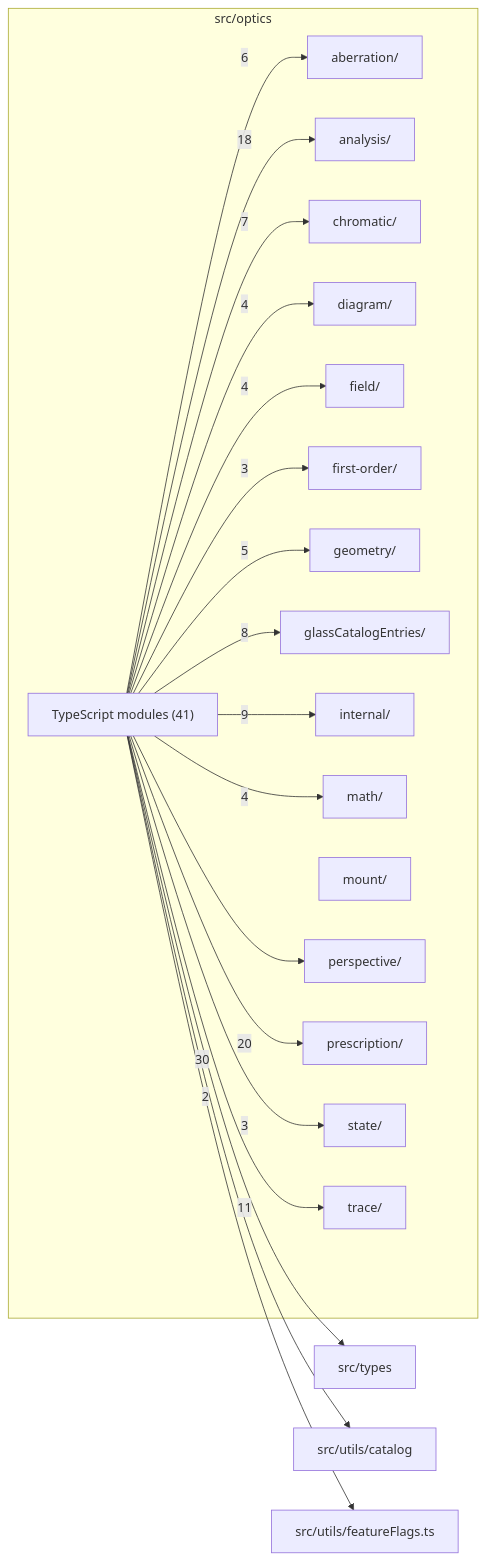
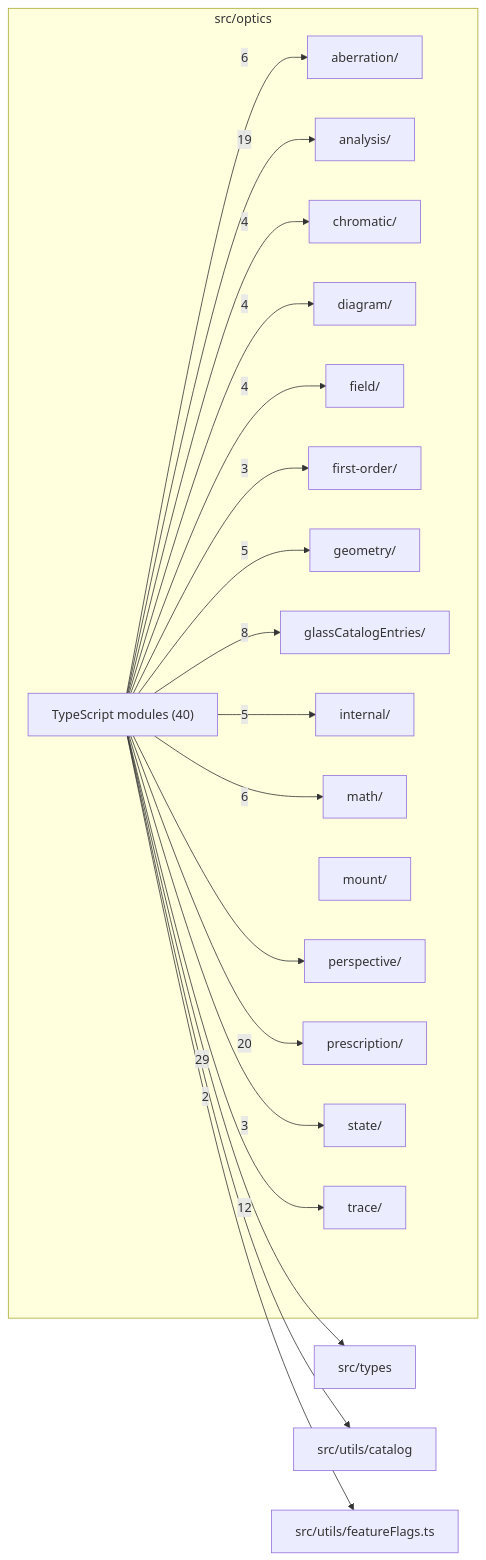
The diagram in src/optics/readme.md (ronbuening/LensVisualizer), drawn with Mermaid before and after one commit. The commit also changed other lines of this file and 47 other files, not shown here.

````diff
--- a/src/optics/readme.md
+++ b/src/optics/readme.md
@@ -9,41 +9,41 @@
 ```mermaid
 flowchart LR
   subgraph n_src_optics["src/optics"]
     n_src_optics_src_optics_aberration["aberration/"]
     n_src_optics_src_optics_analysis["analysis/"]
     n_src_optics_src_optics_chromatic["chromatic/"]
     n_src_optics_src_optics_diagram["diagram/"]
     n_src_optics_src_optics_field["field/"]
     n_src_optics_src_optics_first_order["first-order/"]
     n_src_optics_src_optics_geometry["geometry/"]
     n_src_optics_src_optics_glassCatalogEntries["glassCatalogEntries/"]
     n_src_optics_src_optics_internal["internal/"]
     n_src_optics_src_optics_math["math/"]
     n_src_optics_src_optics_mount["mount/"]
     n_src_optics_src_optics_perspective["perspective/"]
     n_src_optics_src_optics_prescription["prescription/"]
     n_src_optics_src_optics_state["state/"]
     n_src_optics_src_optics_trace["trace/"]
-    n_src_optics_TypeScript_modules["TypeScript modules (41)"]
+    n_src_optics_TypeScript_modules["TypeScript modules (40)"]
   end
   n_external_src_types["src/types"]
   n_external_src_utils_catalog["src/utils/catalog"]
   n_external_src_utils_featureFlags_ts["src/utils/featureFlags.ts"]
-  n_src_optics_TypeScript_modules --> |30| n_external_src_types
+  n_src_optics_TypeScript_modules --> |29| n_external_src_types
   n_src_optics_TypeScript_modules --> |20| n_src_optics_src_optics_prescription
-  n_src_optics_TypeScript_modules --> |18| n_src_optics_src_optics_analysis
-  n_src_optics_TypeScript_modules --> |11| n_src_optics_src_optics_trace
-  n_src_optics_TypeScript_modules --> |9| n_src_optics_src_optics_internal
+  n_src_optics_TypeScript_modules --> |19| n_src_optics_src_optics_analysis
+  n_src_optics_TypeScript_modules --> |12| n_src_optics_src_optics_trace
   n_src_optics_TypeScript_modules --> |8| n_src_optics_src_optics_glassCatalogEntries
-  n_src_optics_TypeScript_modules --> |7| n_src_optics_src_optics_chromatic
   n_src_optics_TypeScript_modules --> |6| n_src_optics_src_optics_aberration
+  n_src_optics_TypeScript_modules --> |6| n_src_optics_src_optics_math
   n_src_optics_TypeScript_modules --> |5| n_src_optics_src_optics_geometry
+  n_src_optics_TypeScript_modules --> |5| n_src_optics_src_optics_internal
+  n_src_optics_TypeScript_modules --> |4| n_src_optics_src_optics_chromatic
   n_src_optics_TypeScript_modules --> |4| n_src_optics_src_optics_diagram
   n_src_optics_TypeScript_modules --> |4| n_src_optics_src_optics_field
-  n_src_optics_TypeScript_modules --> |4| n_src_optics_src_optics_math
   n_src_optics_TypeScript_modules --> |3| n_src_optics_src_optics_first_order
   n_src_optics_TypeScript_modules --> |3| n_src_optics_src_optics_state
   n_src_optics_TypeScript_modules --> |2| n_external_src_utils_catalog
   n_src_optics_TypeScript_modules --> n_external_src_utils_featureFlags_ts
   n_src_optics_TypeScript_modules --> n_src_optics_src_optics_perspective
 ```
````
